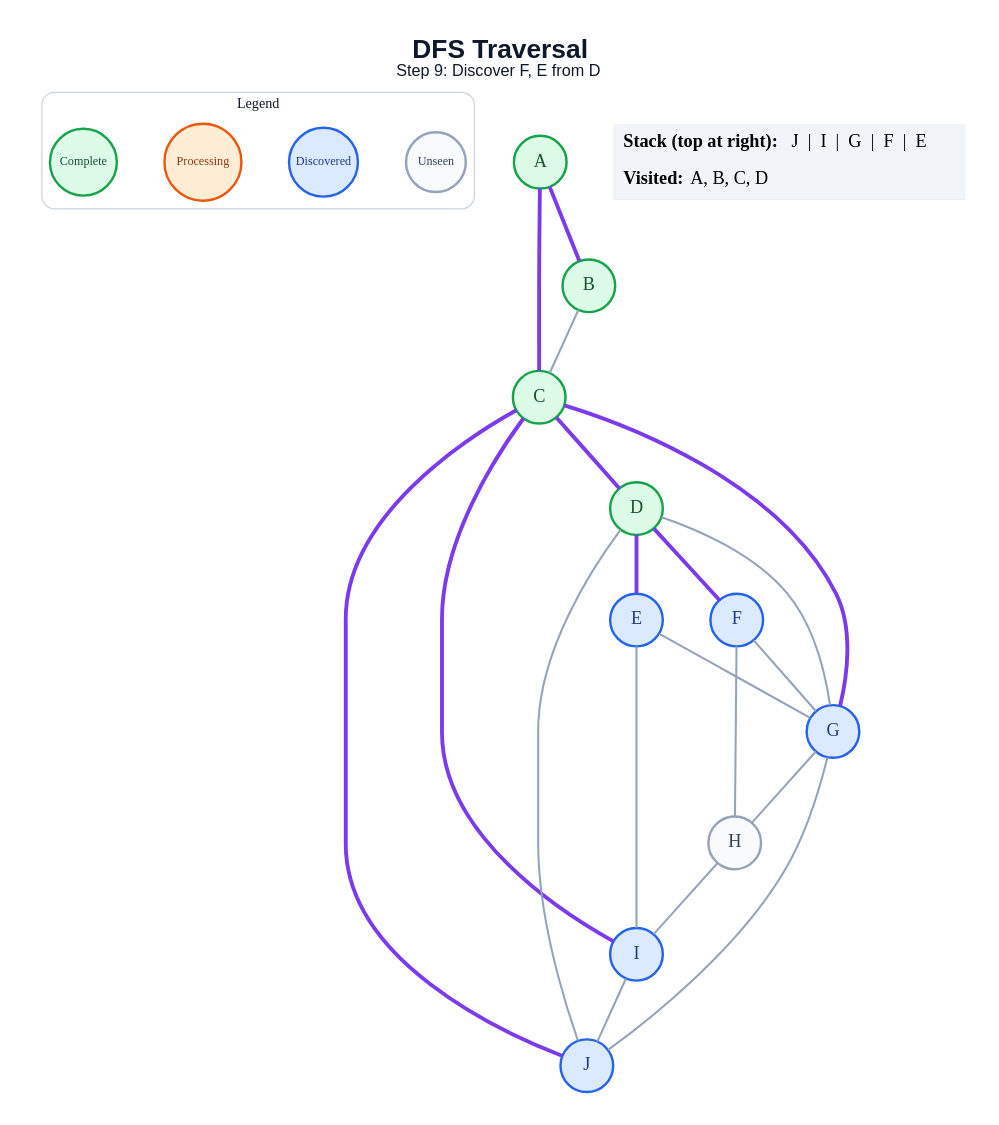
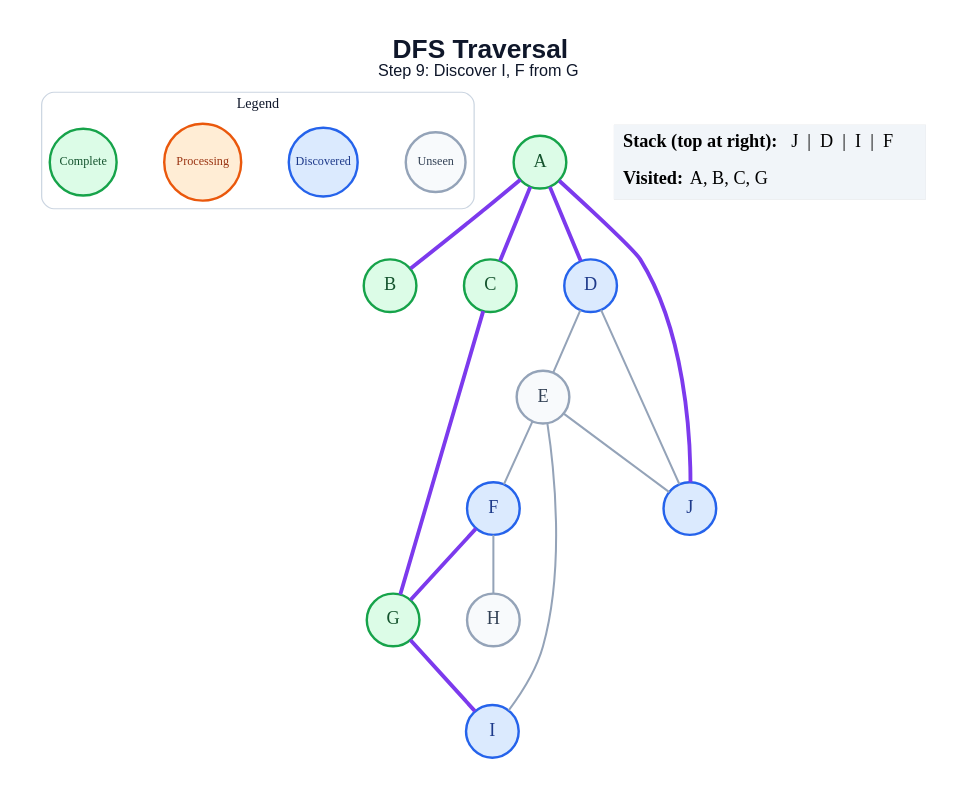
Before and after one commit to anon7238593-create/ai-slop: the diagram in generated/dfs/step_09.dot, drawn with Graphviz. The commit also changed 171 other files, not shown here.

```diff
--- a/generated/dfs/step_09.dot
+++ b/generated/dfs/step_09.dot
@@ -1,48 +1,42 @@
 graph traversal {
   graph [layout=dot, rankdir=TB, bgcolor="#FFFFFF", pad="0.35", nodesep="0.65", ranksep="0.8", fontname="Arial"];
   node [shape=circle, style="filled", fontname="Arial Bold", fontsize=18, width=0.72, fixedsize=true, penwidth=2.4];
   edge [color="#94A3B8", penwidth=2.0];
-  label=<<B>DFS Traversal</B><BR/><FONT POINT-SIZE="16">Step 9: Discover F, E from D</FONT>>; labelloc="t"; fontsize=26; fontname="Arial"; fontcolor="#0F172A";
+  label=<<B>DFS Traversal</B><BR/><FONT POINT-SIZE="16">Step 9: Discover I, F from G</FONT>>; labelloc="t"; fontsize=26; fontname="Arial"; fontcolor="#0F172A";
   subgraph cluster_legend { label="Legend"; color="#CBD5E1"; penwidth=1.2; style="rounded"; fontsize=14; fontname="Arial Bold";
     key_unseen [label="Unseen", fillcolor="#F8FAFC", color="#94A3B8", fontcolor="#334155", fontsize=12, width=0.82];
     key_frontier [label="Discovered", fillcolor="#DBEAFE", color="#2563EB", fontcolor="#1E3A8A", fontsize=12, width=0.95];
     key_current [label="Processing", fillcolor="#FFEDD5", color="#EA580C", fontcolor="#9A3412", fontsize=12, width=1.05];
     key_done [label="Complete", fillcolor="#DCFCE7", color="#16A34A", fontcolor="#14532D", fontsize=12, width=0.92];
     { rank=same; key_unseen; key_frontier; key_current; key_done; }
   }
   A [fillcolor="#DCFCE7", color="#16A34A", fontcolor="#14532D"];
   B [fillcolor="#DCFCE7", color="#16A34A", fontcolor="#14532D"];
   C [fillcolor="#DCFCE7", color="#16A34A", fontcolor="#14532D"];
-  D [fillcolor="#DCFCE7", color="#16A34A", fontcolor="#14532D"];
-  E [fillcolor="#DBEAFE", color="#2563EB", fontcolor="#1E3A8A"];
+  D [fillcolor="#DBEAFE", color="#2563EB", fontcolor="#1E3A8A"];
+  E [fillcolor="#F8FAFC", color="#94A3B8", fontcolor="#334155"];
   F [fillcolor="#DBEAFE", color="#2563EB", fontcolor="#1E3A8A"];
-  G [fillcolor="#DBEAFE", color="#2563EB", fontcolor="#1E3A8A"];
+  G [fillcolor="#DCFCE7", color="#16A34A", fontcolor="#14532D"];
   H [fillcolor="#F8FAFC", color="#94A3B8", fontcolor="#334155"];
   I [fillcolor="#DBEAFE", color="#2563EB", fontcolor="#1E3A8A"];
   J [fillcolor="#DBEAFE", color="#2563EB", fontcolor="#1E3A8A"];
   A -- B [color="#7C3AED", penwidth=3.8];
   A -- C [color="#7C3AED", penwidth=3.8];
-  B -- C;
-  C -- D [color="#7C3AED", penwidth=3.8];
+  A -- D [color="#7C3AED", penwidth=3.8];
+  A -- J [color="#7C3AED", penwidth=3.8];
   C -- G [color="#7C3AED", penwidth=3.8];
-  C -- I [color="#7C3AED", penwidth=3.8];
-  C -- J [color="#7C3AED", penwidth=3.8];
-  D -- E [color="#7C3AED", penwidth=3.8];
-  D -- F [color="#7C3AED", penwidth=3.8];
-  D -- G;
+  D -- E;
   D -- J;
-  E -- G;
+  E -- F;
   E -- I;
-  F -- G;
+  E -- J;
+  F -- G [color="#7C3AED", penwidth=3.8];
   F -- H;
-  G -- H;
-  G -- J;
-  H -- I;
-  I -- J;
+  G -- I [color="#7C3AED", penwidth=3.8];
   status [shape=plain, fixedsize=false, width=0, height=0, margin=0, label=<
     <TABLE BORDER="0" CELLBORDER="0" CELLPADDING="7" BGCOLOR="#F1F5F9">
-      <TR><TD ALIGN="LEFT"><B>Stack (top at right):</B> J  |  I  |  G  |  F  |  E</TD></TR>
-      <TR><TD ALIGN="LEFT"><B>Visited:</B> A, B, C, D</TD></TR>
+      <TR><TD ALIGN="LEFT"><B>Stack (top at right):</B> J  |  D  |  I  |  F</TD></TR>
+      <TR><TD ALIGN="LEFT"><B>Visited:</B> A, B, C, G</TD></TR>
     </TABLE>
   >];
 }
```
